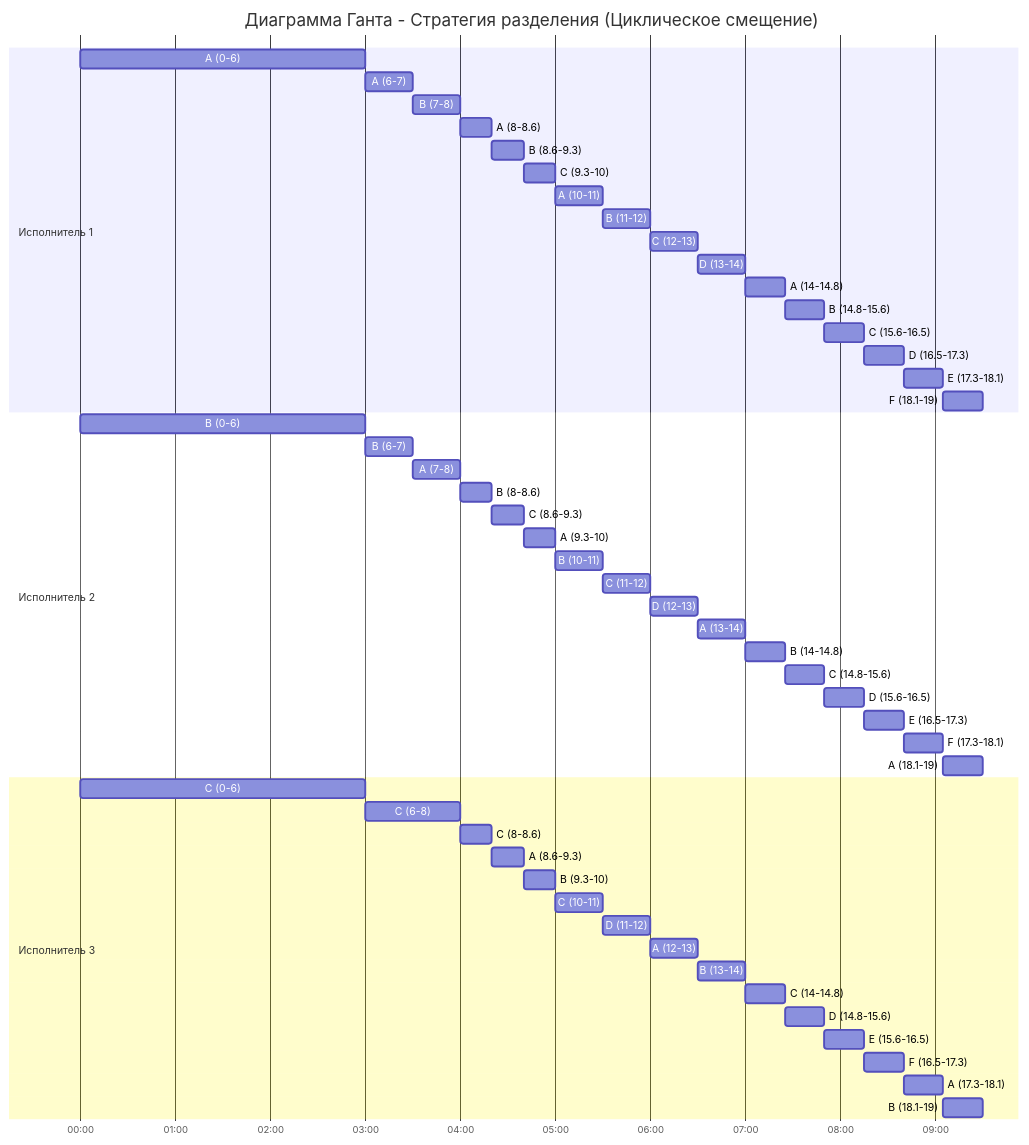
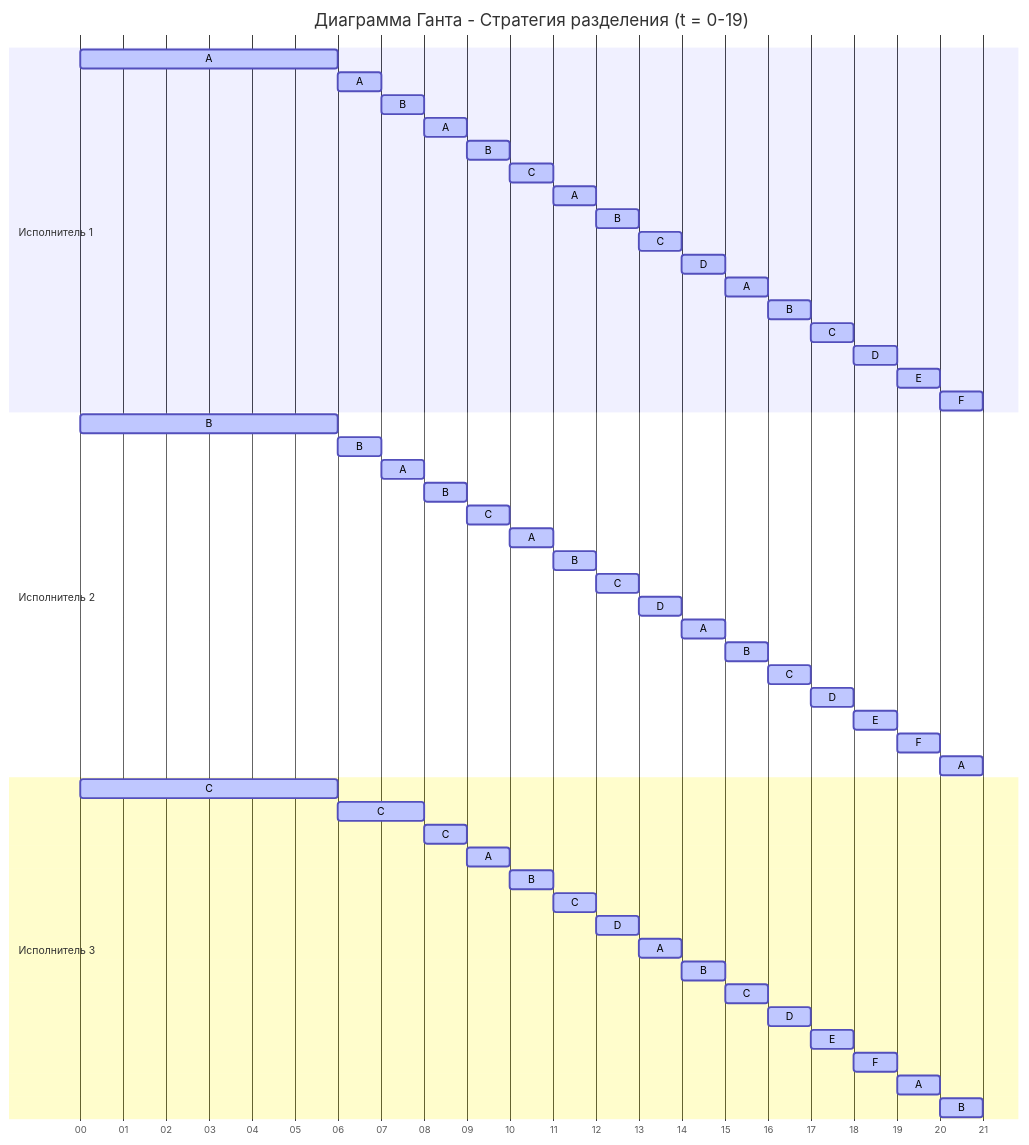
One commit to algos-ris-24-4/manual-tasks changed the diagram in Задание 5/travis-task-5.md. Above: the diagram before and after it, drawn with Mermaid.

Commit message:
not final

````diff
--- a/Задание 5/travis-task-5.md
+++ b/Задание 5/travis-task-5.md
@@ -86,59 +86,60 @@
 ```mermaid
 gantt
-    title Диаграмма Ганта - Стратегия разделения (Циклическое смещение)
-    dateFormat HH:mm
-    axisFormat %H:%M
+    title Диаграмма Ганта - Стратегия разделения (t = 0-19)
+    dateFormat ss
+    axisFormat %S
+    tickInterval 1s
 
     section Исполнитель 1
-    A (0-6)           :a1, 00:00, 3h
-    A (6-7)           :a2, after a1, 30m
-    B (7-8)           :a3, after a2, 30m
-    A (8-8.6)         :a4, after a3, 20m
-    B (8.6-9.3)       :a5, after a4, 20m
-    C (9.3-10)        :a6, after a5, 20m
-    A (10-11)         :a7, after a6, 30m
-    B (11-12)         :a8, after a7, 30m
-    C (12-13)         :a9, after a8, 30m
-    D (13-14)         :a10, after a9, 30m
-    A (14-14.8)       :a11, after a10, 25m
-    B (14.8-15.6)     :a12, after a11, 25m
-    C (15.6-16.5)     :a13, after a12, 25m
-    D (16.5-17.3)     :a14, after a13, 25m
-    E (17.3-18.1)     :a15, after a14, 25m
-    F (18.1-19)       :a16, after a15, 25m
+    A :active, a1, 0, 6s
+    A :active, a2, after a1, 1s
+    B :active, a3, after a2, 1s
+    A :active, a4, after a3, 1s
+    B :active, a5, after a4, 1s
+    C :active, a6, after a5, 1s
+    A :active, a7, after a6, 1s
+    B :active, a8, after a7, 1s
+    C :active, a9, after a8, 1s
+    D :active, a10, after a9, 1s
+    A :active, a11, after a10, 1s
+    B :active, a12, after a11, 1s
+    C :active, a13, after a12, 1s
+    D :active, a14, after a13, 1s
+    E :active, a15, after a14, 1s
+    F :active, a16, after a15, 1s
 
     section Исполнитель 2
-    B (0-6)           :b1, 00:00, 3h
-    B (6-7)           :b2, after b1, 30m
-    A (7-8)           :b3, after b2, 30m
-    B (8-8.6)         :b4, after b3, 20m
-    C (8.6-9.3)       :b5, after b4, 20m
-    A (9.3-10)        :b6, after b5, 20m
-    B (10-11)         :b7, after b6, 30m
-    C (11-12)         :b8, after b7, 30m
-    D (12-13)         :b9, after b8, 30m
-    A (13-14)         :b10, after b9, 30m
-    B (14-14.8)       :b11, after b10, 25m
-    C (14.8-15.6)     :b12, after b11, 25m
-    D (15.6-16.5)     :b13, after b12, 25m
-    E (16.5-17.3)     :b14, after b13, 25m
-    F (17.3-18.1)     :b15, after b14, 25m
-    A (18.1-19)       :b16, after b15, 25m
+    B :active, b1, 0, 6s
+    B :active, b2, after b1, 1s
+    A :active, b3, after b2, 1s
+    B :active, b4, after b3, 1s
+    C :active, b5, after b4, 1s
+    A :active, b6, after b5, 1s
+    B :active, b7, after b6, 1s
+    C :active, b8, after b7, 1s
+    D :active, b9, after b8, 1s
+    A :active, b10, after b9, 1s
+    B :active, b11, after b10, 1s
+    C :active, b12, after b11, 1s
+    D :active, b13, after b12, 1s
+    E :active, b14, after b13, 1s
+    F :active, b15, after b14, 1s
+    A :active, b16, after b15, 1s
 
     section Исполнитель 3
-    C (0-6)           :c1, 00:00, 3h
-    C (6-8)           :c2, after c1, 1h
-    C (8-8.6)         :c3, after c2, 20m
-    A (8.6-9.3)       :c4, after c3, 20m
-    B (9.3-10)        :c5, after c4, 20m
-    C (10-11)         :c6, after c5, 30m
-    D (11-12)         :c7, after c6, 30m
-    A (12-13)         :c8, after c7, 30m
-    B (13-14)         :c9, after c8, 30m
-    C (14-14.8)       :c10, after c9, 25m
-    D (14.8-15.6)     :c11, after c10, 25m
-    E (15.6-16.5)     :c12, after c11, 25m
-    F (16.5-17.3)     :c13, after c12, 25m
-    A (17.3-18.1)     :c14, after c13, 25m
-    B (18.1-19)       :c15, after c14, 25m
+    C :active, c1, 0, 6s
+    C :active, c2, after c1, 2s
+    C :active, c3, after c2, 1s
+    A :active, c4, after c3, 1s
+    B :active, c5, after c4, 1s
+    C :active, c6, after c5, 1s
+    D :active, c7, after c6, 1s
+    A :active, c8, after c7, 1s
+    B :active, c9, after c8, 1s
+    C :active, c10, after c9, 1s
+    D :active, c11, after c10, 1s
+    E :active, c12, after c11, 1s
+    F :active, c13, after c12, 1s
+    A :active, c14, after c13, 1s
+    B :active, c15, after c14, 1s
 ```
````
